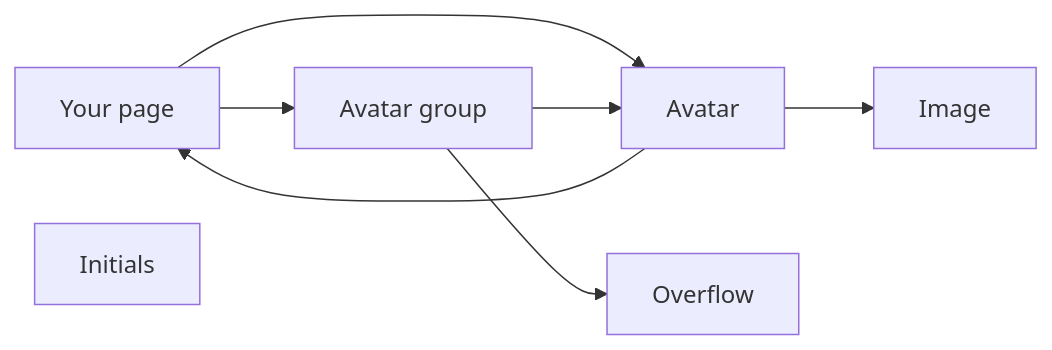
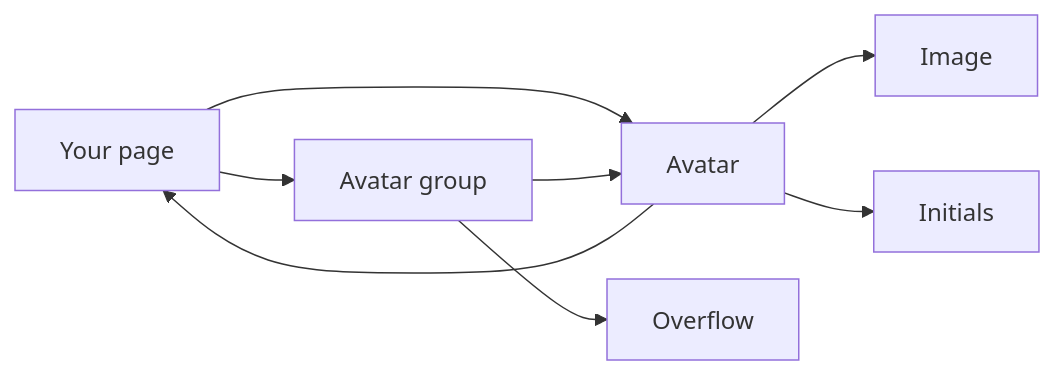
Before and after one commit to RajshekharBorate/pixel-ui: the first of 4 diagrams in projects/pixel-ui/src/lib/pixel-avatar/DESIGN.md, drawn with Mermaid. The commit also changed other lines of this file and 80 other files, not shown here.

Commit message:
Fill missing design flows and correct the stories that did not match component behavior.

````diff
--- a/projects/pixel-ui/src/lib/pixel-avatar/DESIGN.md
+++ b/projects/pixel-ui/src/lib/pixel-avatar/DESIGN.md
@@ -18,15 +18,16 @@
 ```mermaid
 flowchart LR
   page["Your page"]
   avatar["Avatar"]
   image["Image"]
   initials["Initials"]
   group["Avatar group"]
   more["Overflow"]
   page --> avatar
   avatar --> image
+  avatar --> initials
   avatar --> page
   page --> group
   group --> avatar
   group --> more
 ```
````
